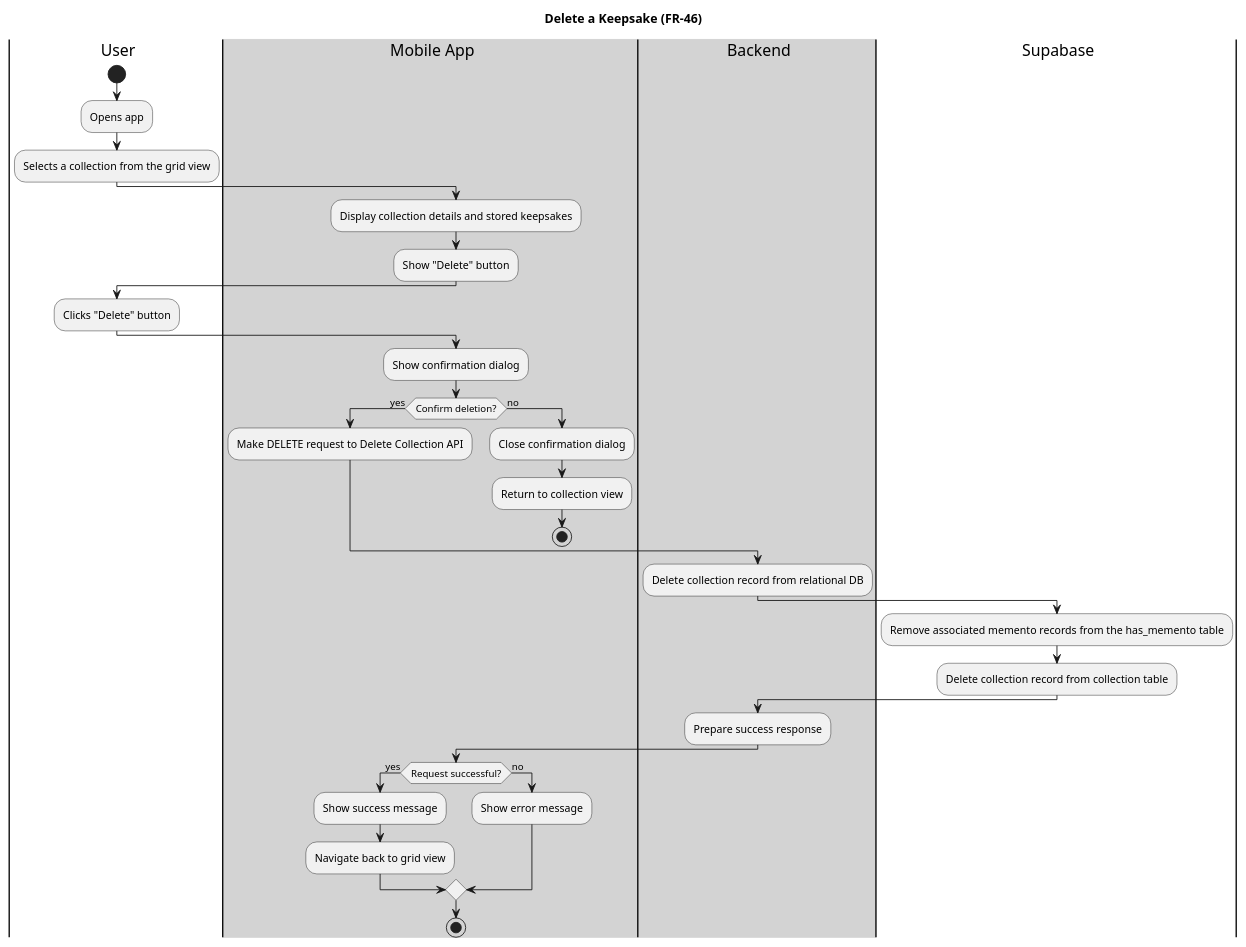
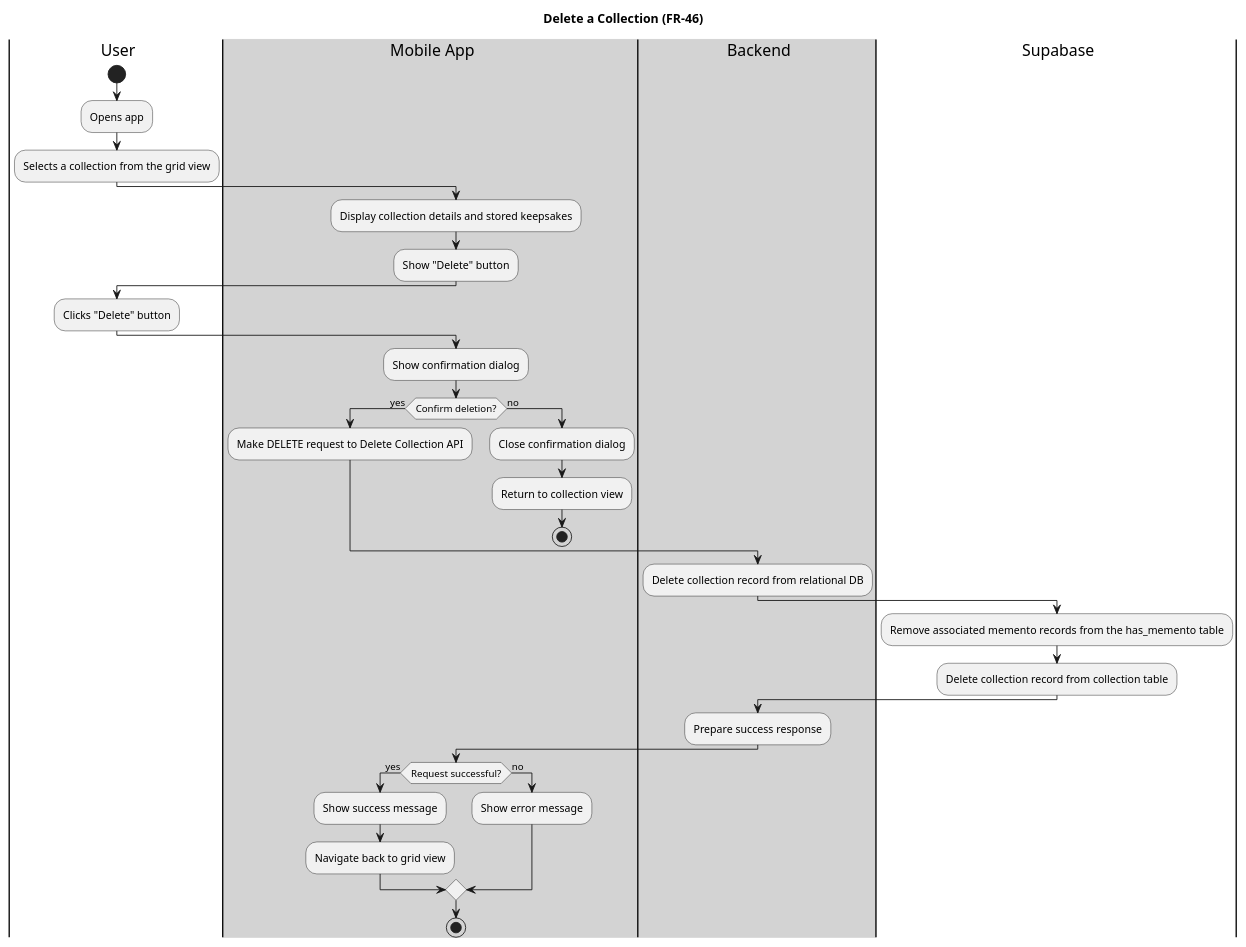
Before and after one commit to owencooke/memento: the diagram in docs/activity/delete-collection.puml, drawn with PlantUML.

Commit message:
Typo delete collection

```diff
--- a/docs/activity/delete-collection.puml
+++ b/docs/activity/delete-collection.puml
@@ -1,49 +1,49 @@
 @startuml
-title Delete a Keepsake (FR-46)
+title Delete a Collection (FR-46)
 
 |user| User
 |#lightgray|mobile| Mobile App
 |#lightgray|backend| Backend
 |db| Supabase
 
 |user|
 start
 :Opens app;
 :Selects a collection from the grid view;
 
 |mobile|
 :Display collection details and stored keepsakes;
 :Show "Delete" button;
 
 |user|
 :Clicks "Delete" button;
 
 |mobile|
 :Show confirmation dialog;
 if (Confirm deletion?) is (yes) then
   :Make DELETE request to Delete Collection API;
 else (no)
   :Close confirmation dialog;
   :Return to collection view;
   stop
 endif
 
 |backend|
 :Delete collection record from relational DB;
 |db|
 :Remove associated memento records from the has_memento table;
 :Delete collection record from collection table;
 
 |backend|
 :Prepare success response;
 
 |mobile|
 if (Request successful?) is (yes) then
   :Show success message;
   :Navigate back to grid view;
 else (no)
   :Show error message;
 endif
 
 stop
 @enduml
```
